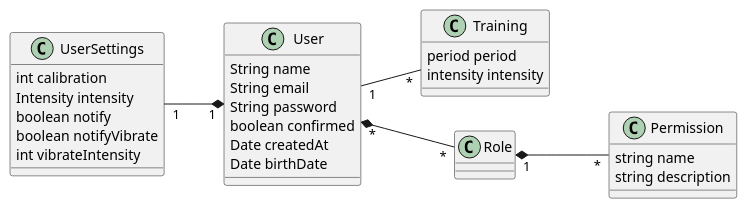
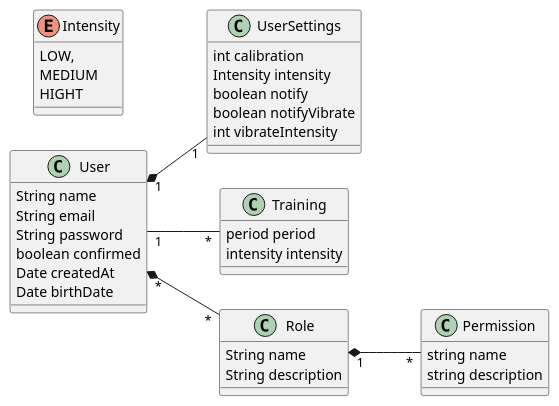
The diagram in domain-model/user.plantuml (TCC-Vertebral-Column-Monitor/doc), drawn with PlantUML before and after one commit.

Commit message:
add intensity

```diff
--- a/domain-model/user.plantuml
+++ b/domain-model/user.plantuml
@@ -1,37 +1,43 @@
 @startuml
 left to right direction 
 
-User "1" *-up- "1" UserSettings
+User "1" *-- "1" UserSettings
 User "1" -- "*"  Training 
 Role "1" *-- "*" Permission 
 User "*" *-- "*" Role 
 class User{
     String name
     String email
     String password
     boolean confirmed
     Date createdAt
     Date birthDate 
   }
 
 class Role {
-    
+    String name
+    String description
   }
 
 class Permission{
     string name 
     string description 
   }
 
 class UserSettings{
     int calibration 
     Intensity intensity
     boolean notify
     boolean notifyVibrate
     int vibrateIntensity
   }
 class Training{
     period period 
     intensity intensity
   }
+enum Intensity{
+    LOW,
+    MEDIUM
+    HIGHT
+  }
 @enduml
```
